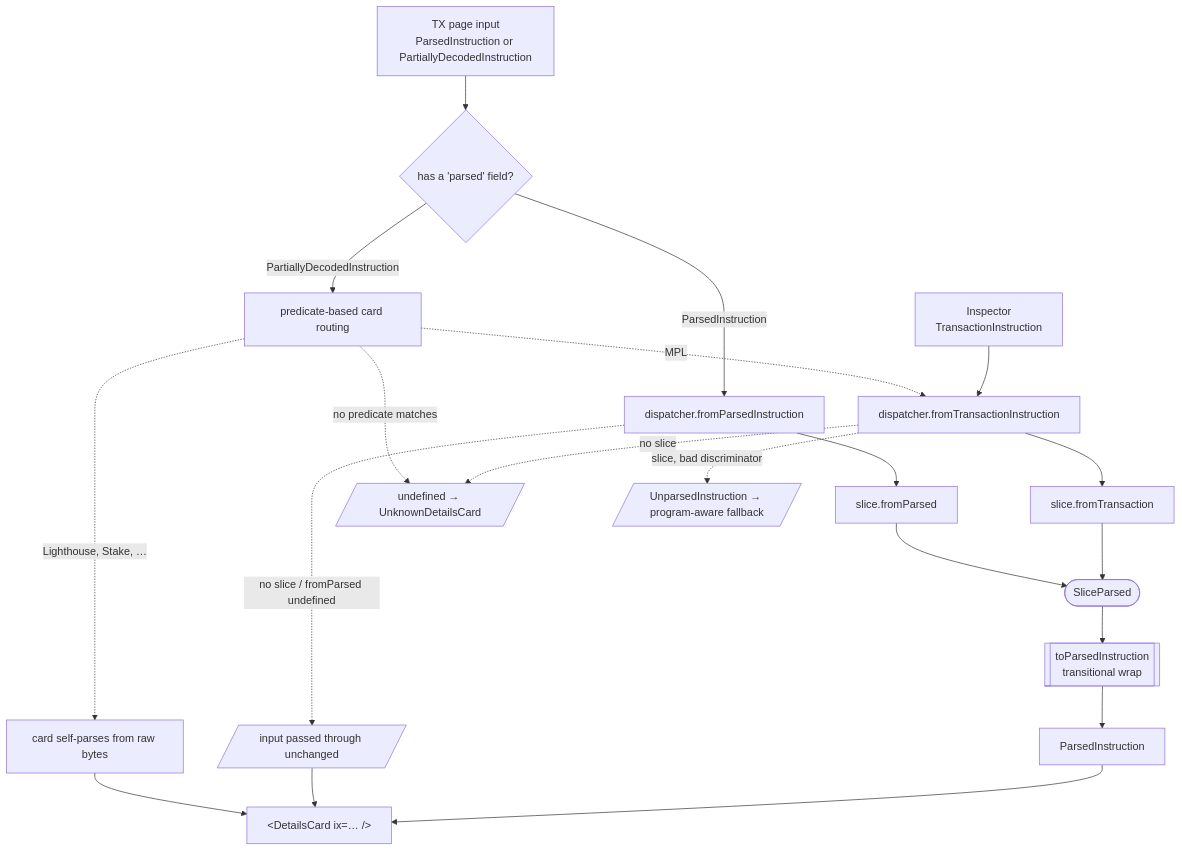
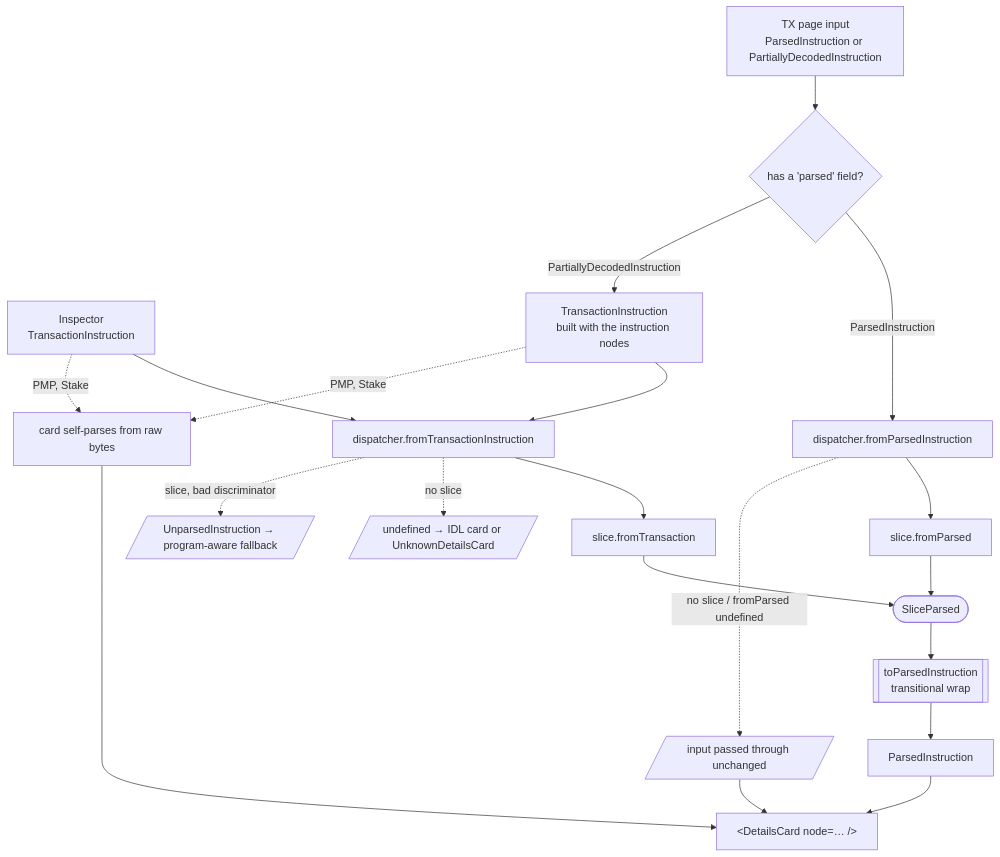
The diagram in openspec/changes/unify-instruction-parsing/specs/instruction-parser/spec.md (solana-foundation/explorer), drawn with Mermaid before and after one commit. The commit also changed other lines of this file and 201 other files, not shown here.

First line of the commit message:
refactor(instruction-card): route every instruction through one router (#1446)

````diff
--- a/openspec/changes/unify-instruction-parsing/specs/instruction-parser/spec.md
+++ b/openspec/changes/unify-instruction-parsing/specs/instruction-parser/spec.md
@@ -9,27 +9,27 @@
 ```mermaid
 flowchart TD
     A[Inspector<br/>TransactionInstruction] --> B[dispatcher.fromTransactionInstruction]
     C[TX page input<br/>ParsedInstruction or PartiallyDecodedInstruction] --> Q{has a 'parsed' field?}
     Q -- ParsedInstruction --> D[dispatcher.fromParsedInstruction]
-    Q -- PartiallyDecodedInstruction --> K[predicate-based card routing]
+    Q -- PartiallyDecodedInstruction --> T[TransactionInstruction<br/>built with the instruction nodes]
+    T --> B
 
     B --> E[slice.fromTransaction]
     D --> F[slice.fromParsed]
 
     E --> G([SliceParsed])
     F --> G
 
     G --> H[[toParsedInstruction<br/>transitional wrap]]
     H --> I[ParsedInstruction]
 
-    B -. no slice .-> U[/undefined → UnknownDetailsCard/]
+    B -. no slice .-> U[/undefined → IDL card or UnknownDetailsCard/]
     B -. slice, bad discriminator .-> N[/UnparsedInstruction → program-aware fallback/]
     D -. no slice / fromParsed undefined .-> R[/input passed through unchanged/]
-    K -. MPL .-> B
-    K -. Lighthouse, Stake, … .-> KK[card self-parses from raw bytes]
-    K -. no predicate matches .-> U
+    A -. PMP, Stake .-> KK[card self-parses from raw bytes]
+    T -. PMP, Stake .-> KK
 
-    I --> J[&lt;DetailsCard ix=… /&gt;]
+    I --> J[&lt;DetailsCard node=… /&gt;]
     R --> J
     KK --> J
 ```
````
